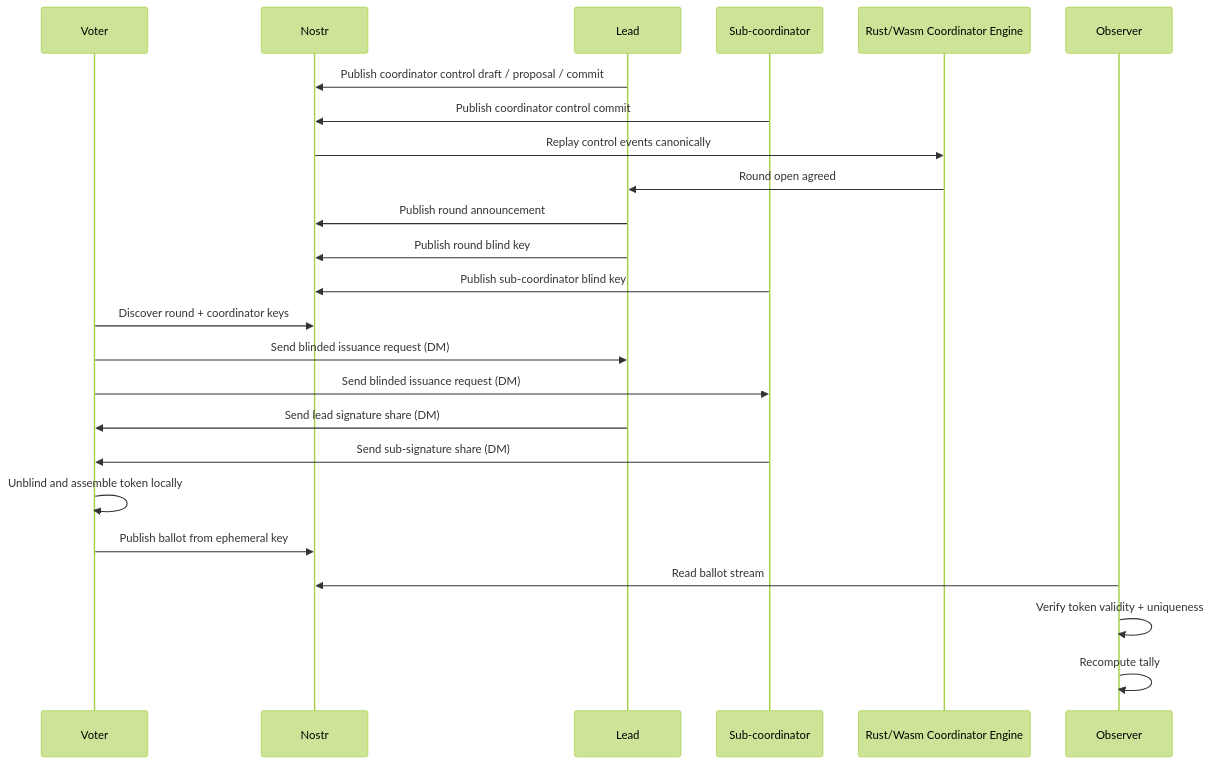
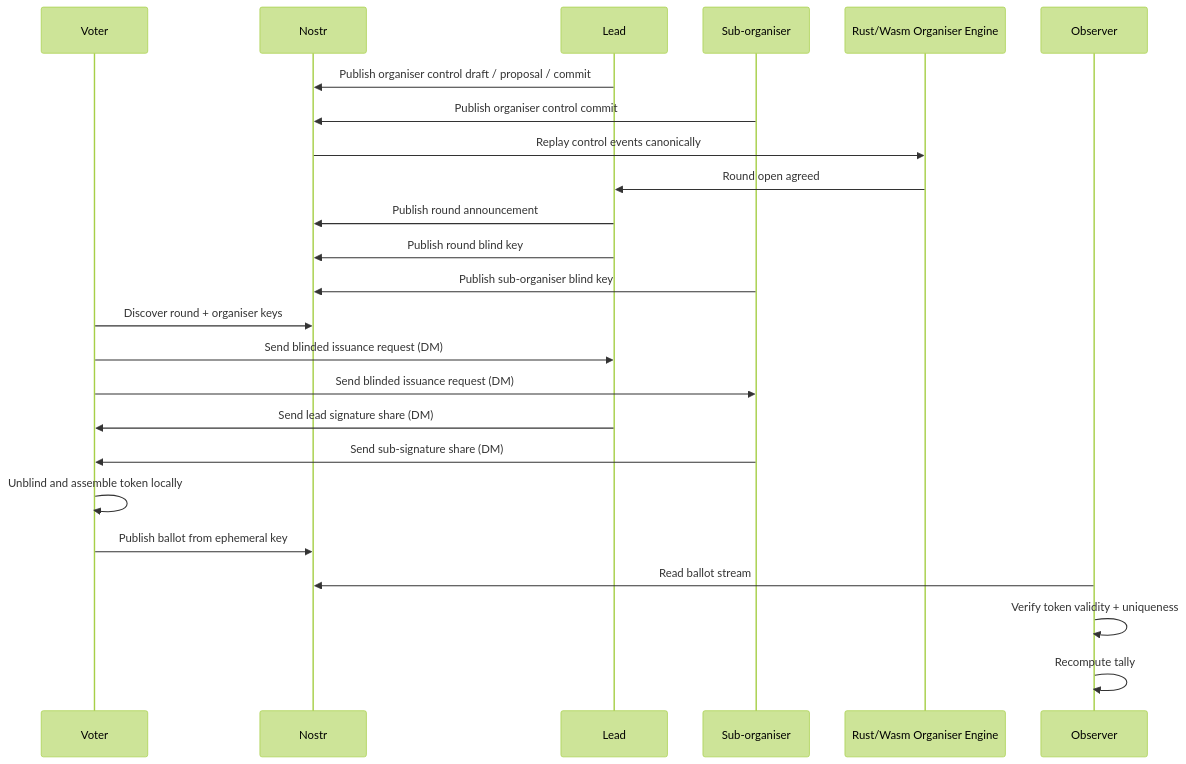
The second of 8 diagrams in docs/technical-protocol-note.md (tidley/auditable-voting), drawn with Mermaid (forest theme) before and after one commit. The commit also changed other lines of this file and 35 other files, not shown here.

````diff
--- a/docs/technical-protocol-note.md
+++ b/docs/technical-protocol-note.md
@@ -345,27 +345,27 @@
 ```mermaid
 sequenceDiagram
   participant V as Voter
   participant N as Nostr
   participant L as Lead
-  participant C as Sub-coordinator
-  participant R as Rust/Wasm Coordinator Engine
+  participant C as Sub-organiser
+  participant R as Rust/Wasm Organiser Engine
   participant O as Observer
 
-  L->>N: Publish coordinator control draft / proposal / commit
-  C->>N: Publish coordinator control commit
+  L->>N: Publish organiser control draft / proposal / commit
+  C->>N: Publish organiser control commit
   N->>R: Replay control events canonically
   R->>L: Round open agreed
   L->>N: Publish round announcement
   L->>N: Publish round blind key
-  C->>N: Publish sub-coordinator blind key
-  V->>N: Discover round + coordinator keys
+  C->>N: Publish sub-organiser blind key
+  V->>N: Discover round + organiser keys
   V->>L: Send blinded issuance request (DM)
   V->>C: Send blinded issuance request (DM)
   L->>V: Send lead signature share (DM)
   C->>V: Send sub-signature share (DM)
   V->>V: Unblind and assemble token locally
   V->>N: Publish ballot from ephemeral key
   O->>N: Read ballot stream
   O->>O: Verify token validity + uniqueness
   O->>O: Recompute tally
 ```
````
